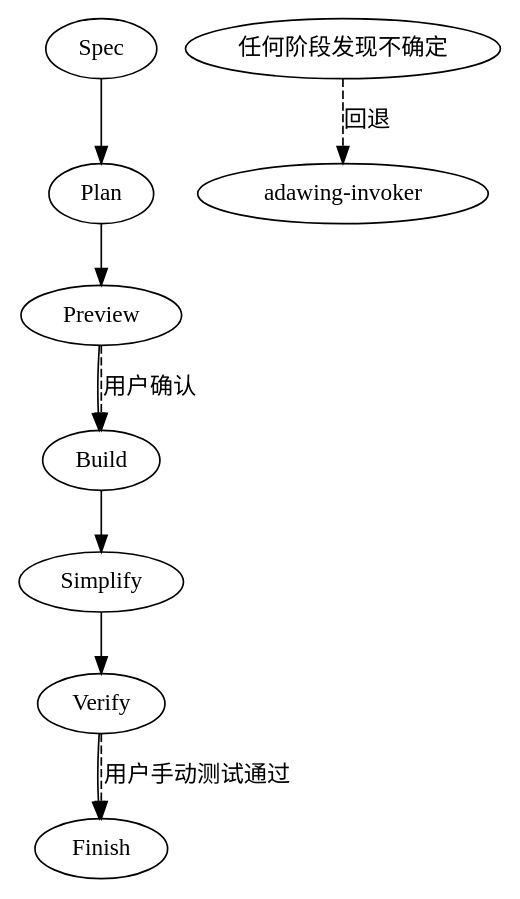
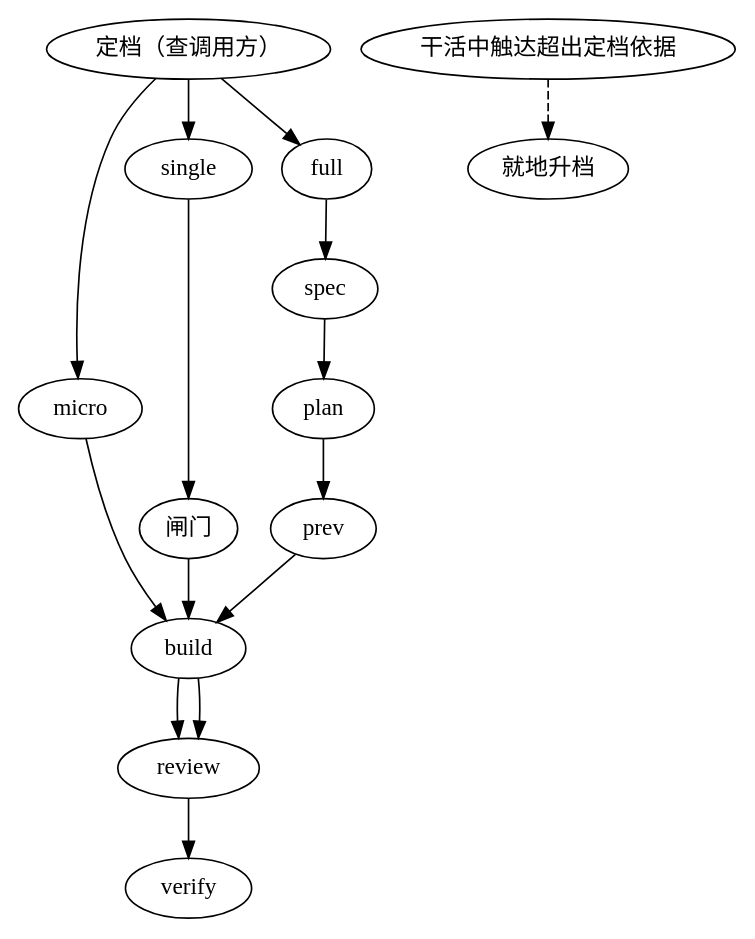
Before and after one commit to Adawi1201/Adawing-agent-plugins: the diagram in plugins/adawing-workflow/skills/adawing-workflow/SKILL.md, drawn with Graphviz. The commit also changed other lines of this file and 12 other files, not shown here.

````diff
--- a/plugins/adawing-workflow/skills/adawing-workflow/SKILL.md
+++ b/plugins/adawing-workflow/skills/adawing-workflow/SKILL.md
@@ -22,8 +30,8 @@
 ```dot
 digraph adawing_workflow {
-  "Spec" -> "Plan" -> "Preview" -> "Build" -> "Simplify" -> "Verify" -> "Finish"
-  "Preview" -> "Build" [label="用户确认", style=dashed]
-  "Verify" -> "Finish" [label="用户手动测试通过", style=dashed]
-  "任何阶段发现不确定" -> "adawing-invoker" [label="回退", style=dashed]
+  "定档（查调用方）" -> "micro" -> "build"
+  "定档（查调用方）" -> "single" -> "闸门" -> "build" -> "review"
+  "定档（查调用方）" -> "full" -> "spec" -> "plan" -> "prev" -> "build" -> "review" -> "verify"
+  "干活中触达超出定档依据" -> "就地升档" [style=dashed]
 }
 ```
````
